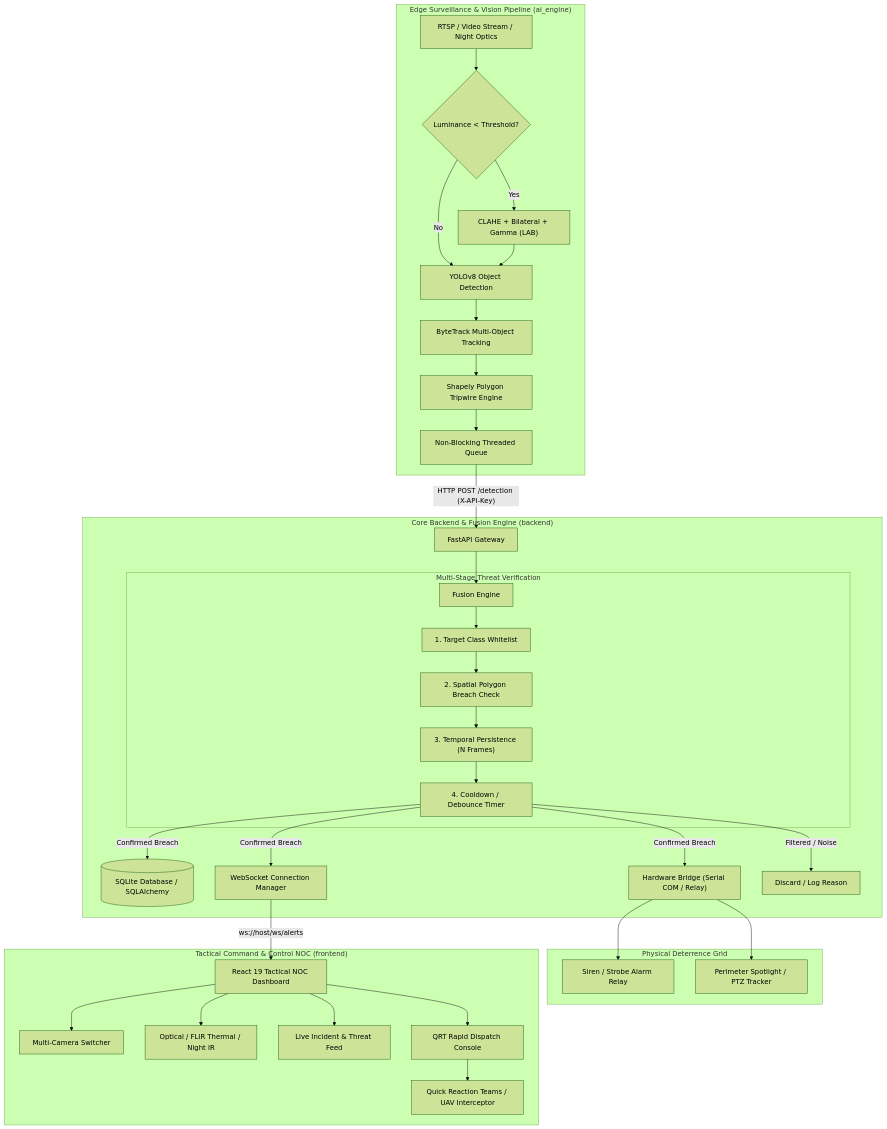
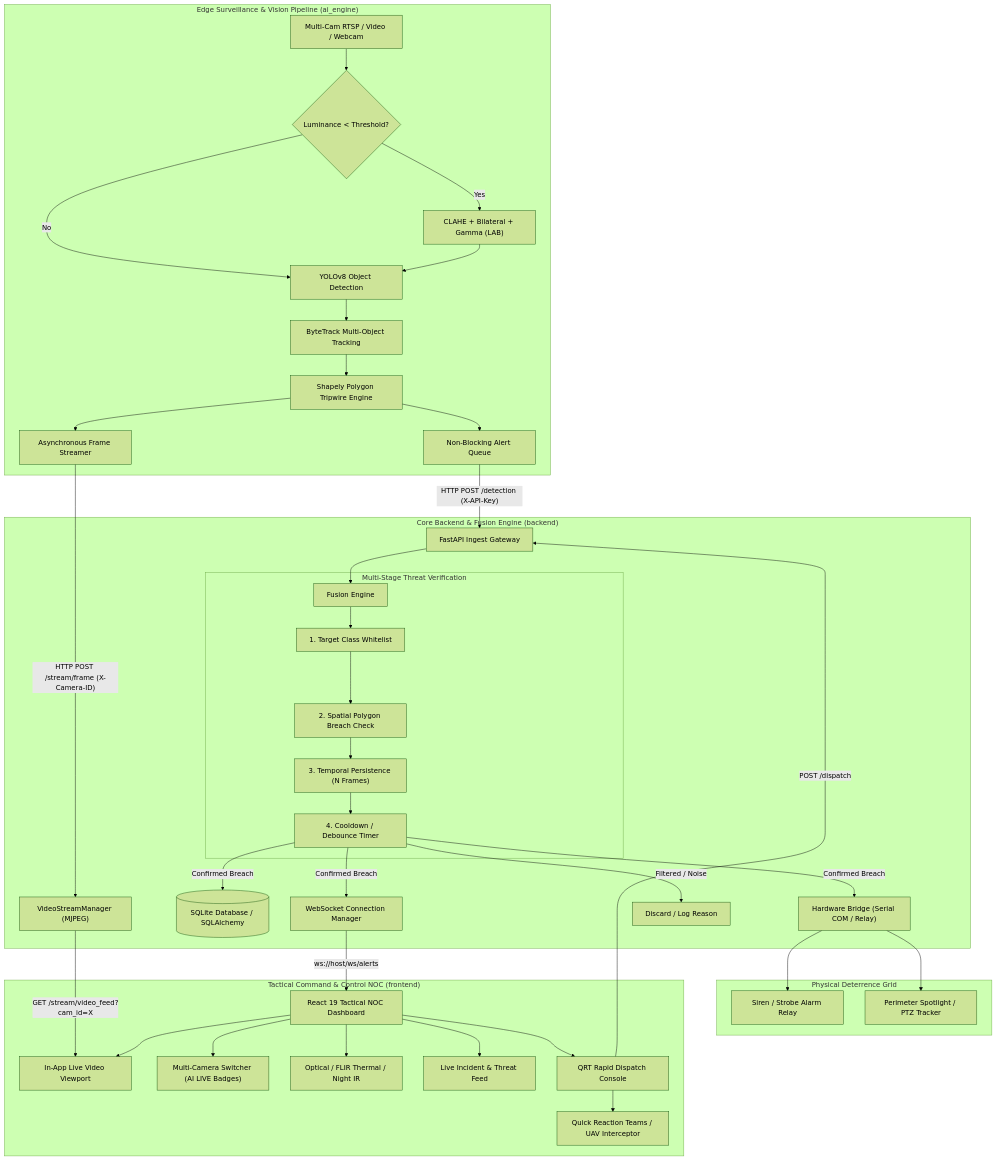
The diagram in README.md (sharancreates/sima-drishti), drawn with Mermaid (forest theme) before and after one commit. The commit also changed other lines of this file, not shown here.

````diff
--- a/README.md
+++ b/README.md
@@ -42,43 +44,48 @@
 ```mermaid
 flowchart TD
     subgraph Edge["Edge Surveillance & Vision Pipeline (ai_engine)"]
-        Cam["RTSP / Video Stream / Night Optics"] --> LowLight{"Luminance < Threshold?"}
+        Cam["Multi-Cam RTSP / Video / Webcam"] --> LowLight{"Luminance < Threshold?"}
         LowLight -- Yes --> CLAHE["CLAHE + Bilateral + Gamma (LAB)"]
         LowLight -- No --> YOLO["YOLOv8 Object Detection"]
         CLAHE --> YOLO
         YOLO --> ByteTrack["ByteTrack Multi-Object Tracking"]
         ByteTrack --> GeoFence["Shapely Polygon Tripwire Engine"]
-        GeoFence --> AsyncQueue["Non-Blocking Threaded Queue"]
+        GeoFence --> FrameStream["Asynchronous Frame Streamer"]
+        GeoFence --> AlertQueue["Non-Blocking Alert Queue"]
     end
 
     subgraph Backend["Core Backend & Fusion Engine (backend)"]
-        AsyncQueue -- "HTTP POST /detection (X-API-Key)" --> API["FastAPI Gateway"]
+        FrameStream -- "HTTP POST /stream/frame (X-Camera-ID)" --> StreamMgr["VideoStreamManager (MJPEG)"]
+        AlertQueue -- "HTTP POST /detection (X-API-Key)" --> API["FastAPI Ingest Gateway"]
         API --> FusionEngine["Fusion Engine"]
         
         subgraph Filters["Multi-Stage Threat Verification"]
             FusionEngine --> F1["1. Target Class Whitelist"]
             F1 --> F2["2. Spatial Polygon Breach Check"]
             F2 --> F3["3. Temporal Persistence (N Frames)"]
             F3 --> F4["4. Cooldown / Debounce Timer"]
         end
 
         F4 -- "Confirmed Breach" --> DB[("SQLite Database / SQLAlchemy")]
         F4 -- "Confirmed Breach" --> HW["Hardware Bridge (Serial COM / Relay)"]
         F4 -- "Confirmed Breach" --> WSMgr["WebSocket Connection Manager"]
         F4 -- "Filtered / Noise" --> Drop["Discard / Log Reason"]
     end
 
     subgraph Hardware["Physical Deterrence Grid"]
         HW --> Siren["Siren / Strobe Alarm Relay"]
         HW --> Floodlight["Perimeter Spotlight / PTZ Tracker"]
     end
 
     subgraph Frontend["Tactical Command & Control NOC (frontend)"]
+        StreamMgr -- "GET /stream/video_feed?cam_id=X" --> LiveViewport["In-App Live Video Viewport"]
         WSMgr -- "ws://host/ws/alerts" --> Dashboard["React 19 Tactical NOC Dashboard"]
-        Dashboard --> CameraGrid["Multi-Camera Switcher"]
+        Dashboard --> LiveViewport
+        Dashboard --> CameraGrid["Multi-Camera Switcher (AI LIVE Badges)"]
         Dashboard --> OpticalFilters["Optical / FLIR Thermal / Night IR"]
         Dashboard --> ThreatFeed["Live Incident & Threat Feed"]
         Dashboard --> DispatchModal["QRT Rapid Dispatch Console"]
+        DispatchModal -- "POST /dispatch" --> API
         DispatchModal --> QRT["Quick Reaction Teams / UAV Interceptor"]
     end
 ```
````
